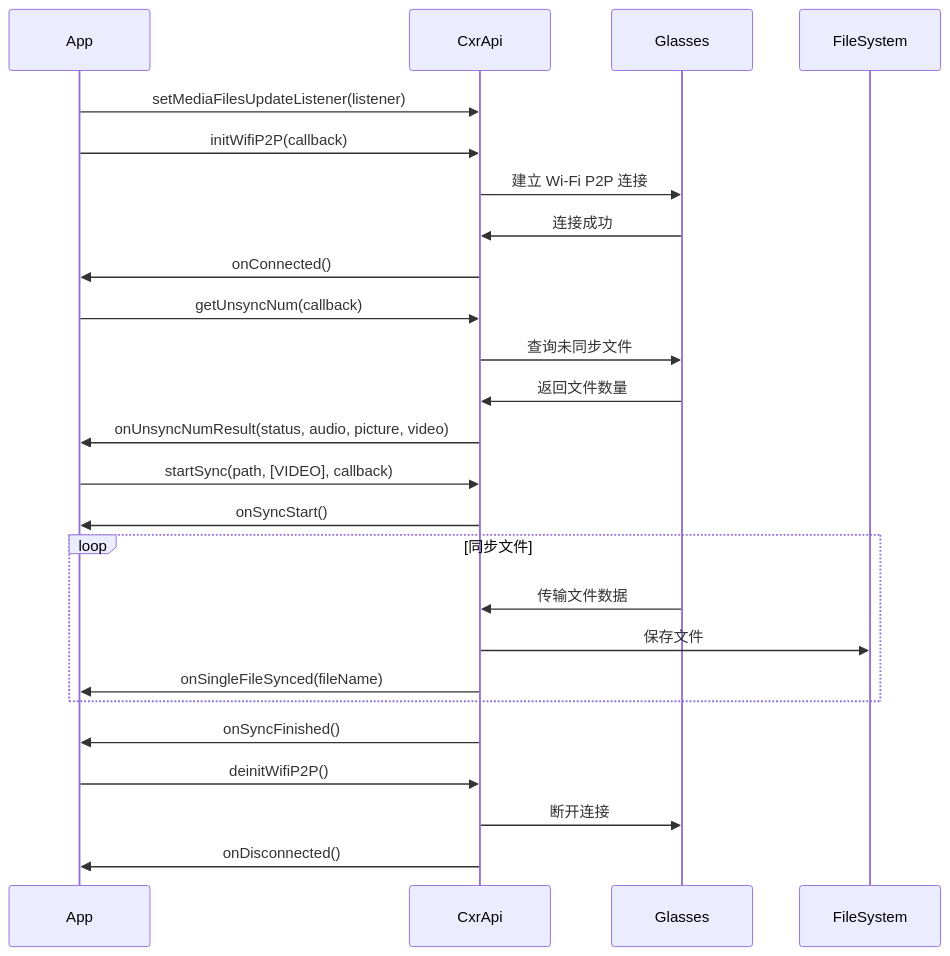
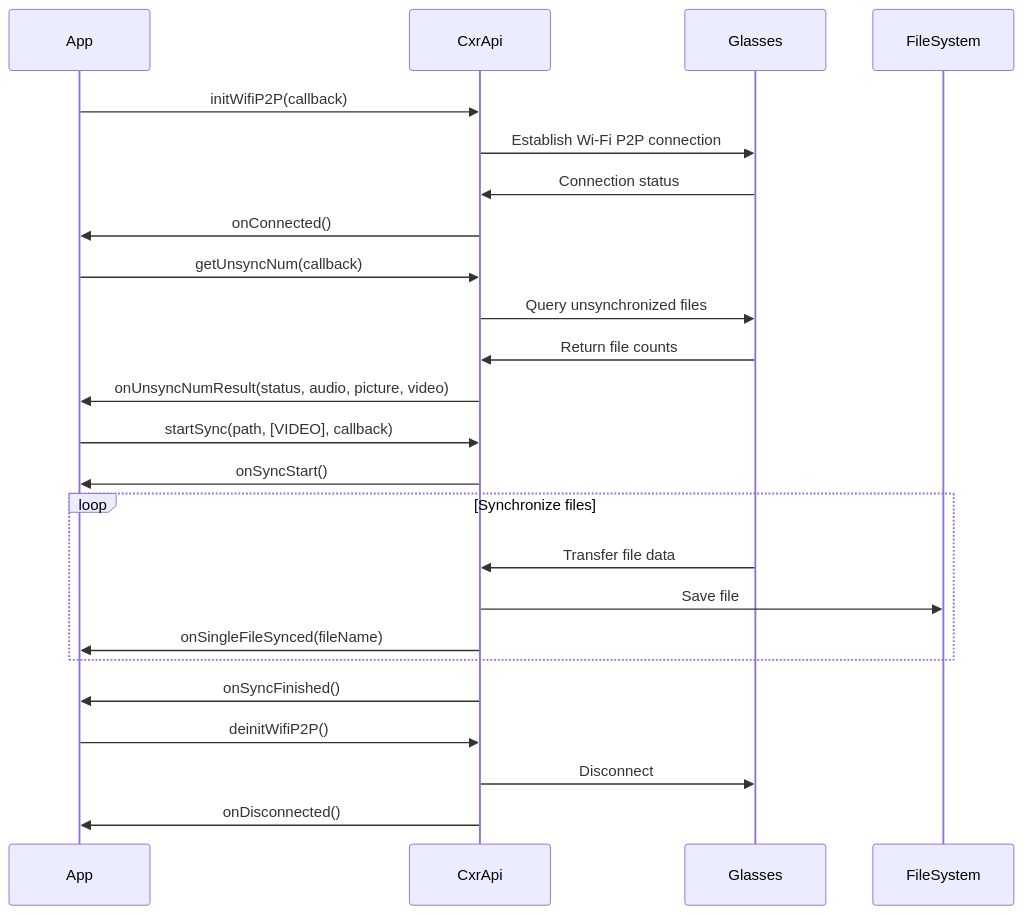
One commit to thuongtin/CXRMSamples1.0.3 changed the seventh of 7 diagrams in design.md. Above: the diagram before and after it, drawn with Mermaid. The commit also changed other lines of this file and 20 other files, not shown here.

````diff
--- a/design.md
+++ b/design.md
@@ -998,31 +981,30 @@
 ```mermaid
 sequenceDiagram
     participant App
     participant CxrApi
     participant Glasses
     participant FileSystem
     
-    App->>CxrApi: setMediaFilesUpdateListener(listener)
     App->>CxrApi: initWifiP2P(callback)
-    CxrApi->>Glasses: 建立 Wi-Fi P2P 连接
-    Glasses->>CxrApi: 连接成功
+    CxrApi->>Glasses: Establish Wi-Fi P2P connection
+    Glasses->>CxrApi: Connection status
     CxrApi->>App: onConnected()
     
     App->>CxrApi: getUnsyncNum(callback)
-    CxrApi->>Glasses: 查询未同步文件
-    Glasses->>CxrApi: 返回文件数量
+    CxrApi->>Glasses: Query unsynchronized files
+    Glasses->>CxrApi: Return file counts
     CxrApi->>App: onUnsyncNumResult(status, audio, picture, video)
     
     App->>CxrApi: startSync(path, [VIDEO], callback)
     CxrApi->>App: onSyncStart()
-    loop 同步文件
-        Glasses->>CxrApi: 传输文件数据
-        CxrApi->>FileSystem: 保存文件
+    loop Synchronize files
+        Glasses->>CxrApi: Transfer file data
+        CxrApi->>FileSystem: Save file
         CxrApi->>App: onSingleFileSynced(fileName)
     end
     CxrApi->>App: onSyncFinished()
     
     App->>CxrApi: deinitWifiP2P()
-    CxrApi->>Glasses: 断开连接
+    CxrApi->>Glasses: Disconnect
     CxrApi->>App: onDisconnected()
 ```
````
